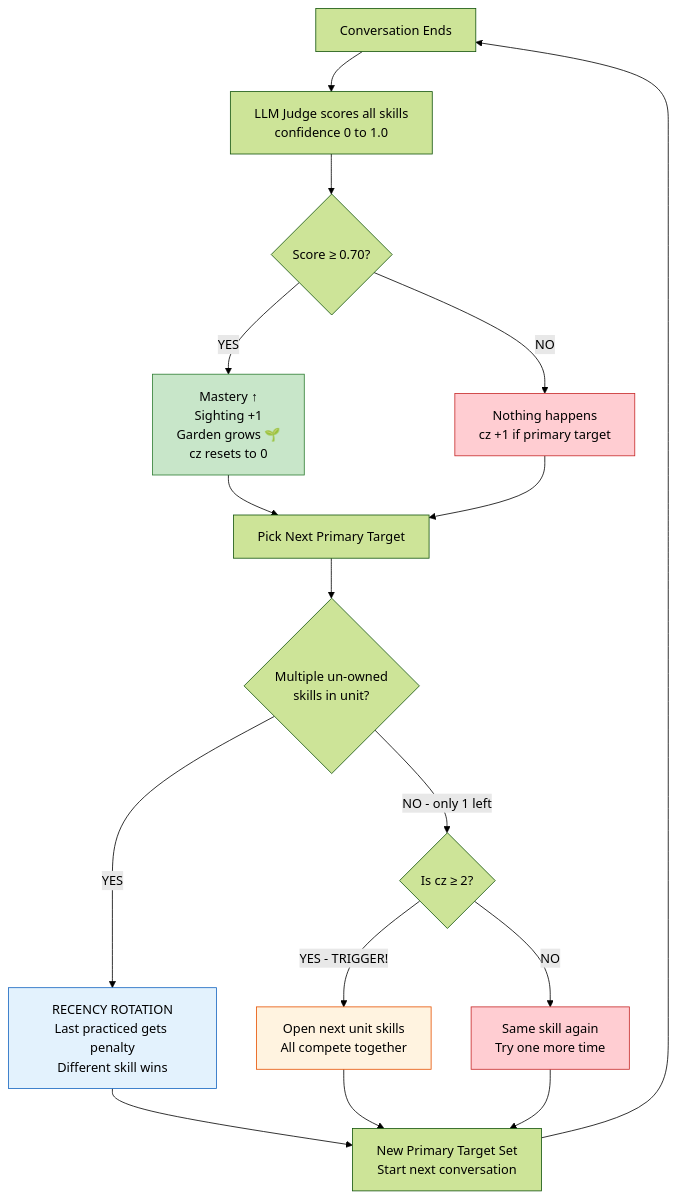
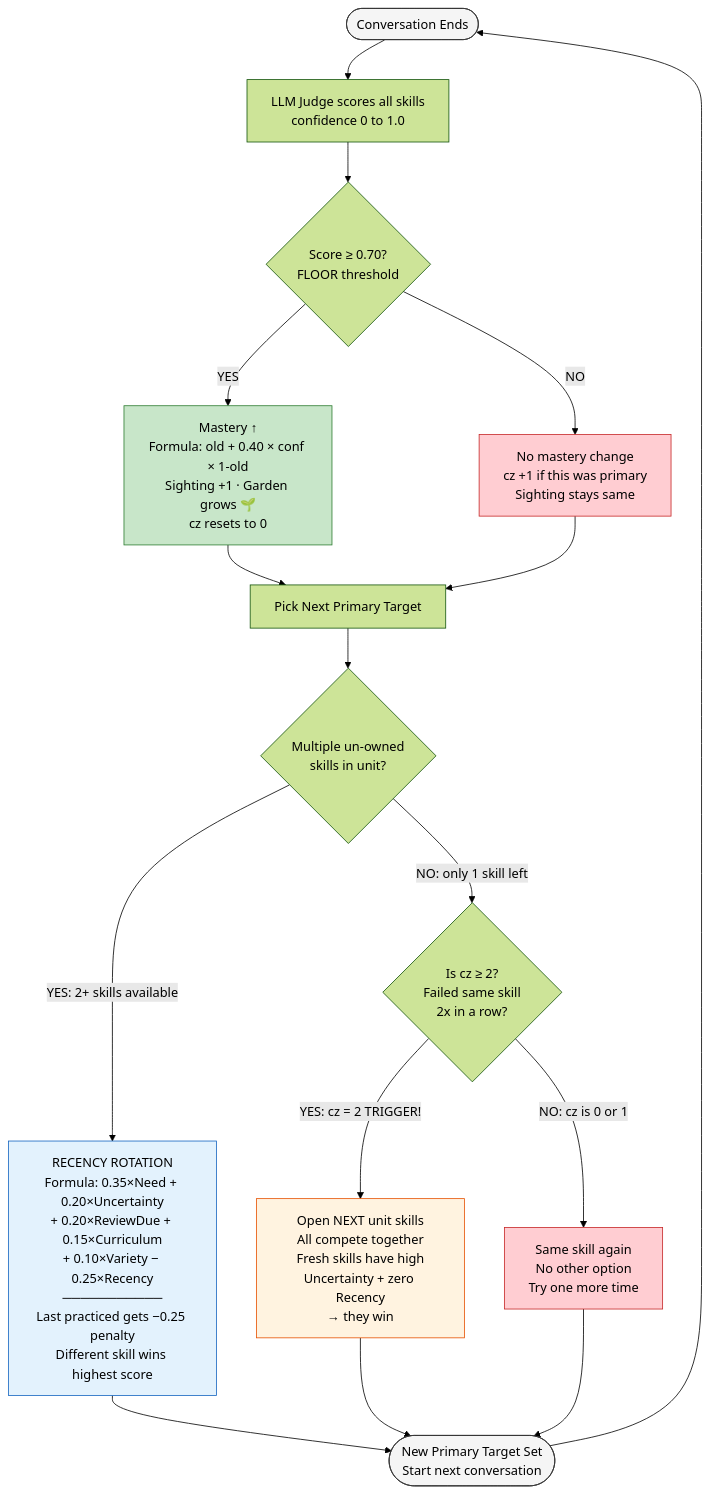
The first of 2 diagrams in docs/mintlify-src/adaptive-mastery.mdx (anshika410/English_learning_flutter_app), drawn with Mermaid (forest theme) before and after one commit.

Commit message:
docs: embed formulas directly inside flowchart nodes

````diff
--- a/docs/mintlify-src/adaptive-mastery.mdx
+++ b/docs/mintlify-src/adaptive-mastery.mdx
@@ -25,31 +25,33 @@
 ```mermaid
 flowchart TD
-    A[Conversation Ends] --> B[LLM Judge scores all skills<br/>confidence 0 to 1.0]
-    B --> C{Score ≥ 0.70?}
+    A([Conversation Ends]) --> B[LLM Judge scores all skills<br/>confidence 0 to 1.0]
+    B --> C{Score ≥ 0.70?<br/>FLOOR threshold}
     
-    C -->|YES| D[Mastery ↑<br/>Sighting +1<br/>Garden grows 🌱<br/>cz resets to 0]
-    C -->|NO| E[Nothing happens<br/>cz +1 if primary target]
+    C -->|YES| D[Mastery ↑<br/>Formula: old + 0.40 × conf × 1-old<br/>Sighting +1 · Garden grows 🌱<br/>cz resets to 0]
+    C -->|NO| E[No mastery change<br/>cz +1 if this was primary<br/>Sighting stays same]
     
     D --> F[Pick Next Primary Target]
     E --> F
     
     F --> G{Multiple un-owned<br/>skills in unit?}
     
-    G -->|YES| H[RECENCY ROTATION<br/>Last practiced gets penalty<br/>Different skill wins]
-    G -->|NO - only 1 left| I{Is cz ≥ 2?}
+    G -->|YES: 2+ skills available| H[RECENCY ROTATION<br/>Formula: 0.35×Need + 0.20×Uncertainty<br/>+ 0.20×ReviewDue + 0.15×Curriculum<br/>+ 0.10×Variety − 0.25×Recency<br/>───────────<br/>Last practiced gets −0.25 penalty<br/>Different skill wins highest score]
+    G -->|NO: only 1 skill left| I{Is cz ≥ 2?<br/>Failed same skill<br/>2x in a row?}
     
-    I -->|NO| J[Same skill again<br/>Try one more time]
-    I -->|YES - TRIGGER!| K[Open next unit skills<br/>All compete together]
+    I -->|NO: cz is 0 or 1| J[Same skill again<br/>No other option<br/>Try one more time]
+    I -->|YES: cz = 2 TRIGGER!| K[Open NEXT unit skills<br/>All compete together<br/>Fresh skills have high<br/>Uncertainty + zero Recency<br/>→ they win]
     
-    H --> L[New Primary Target Set<br/>Start next conversation]
+    H --> L([New Primary Target Set<br/>Start next conversation])
     K --> L
     J --> L
     
     L --> A
 
+    style A fill:#f5f5f5,stroke:#333
     style D fill:#c8e6c9,stroke:#2e7d32
     style E fill:#ffcdd2,stroke:#c62828
     style H fill:#e3f2fd,stroke:#1565c0
     style K fill:#fff3e0,stroke:#e65100
     style J fill:#ffcdd2,stroke:#c62828
+    style L fill:#f5f5f5,stroke:#333
 ```
````
